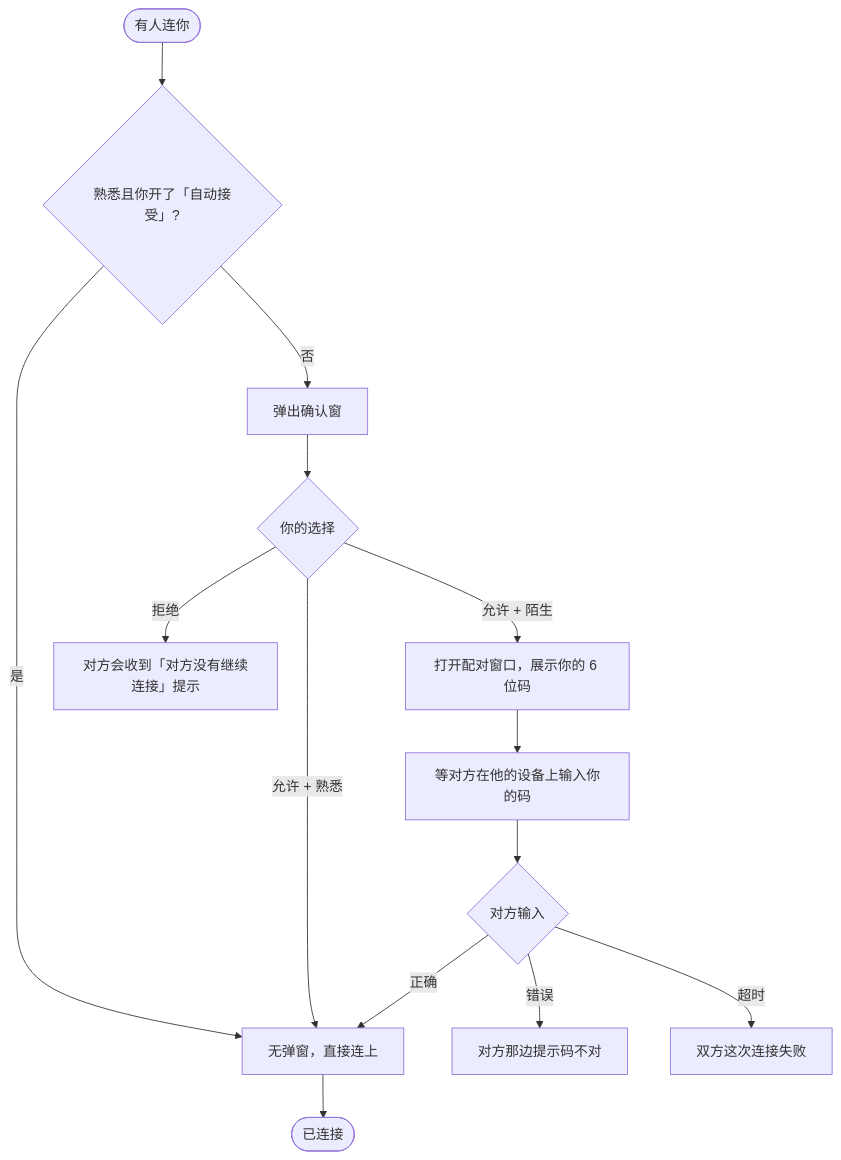
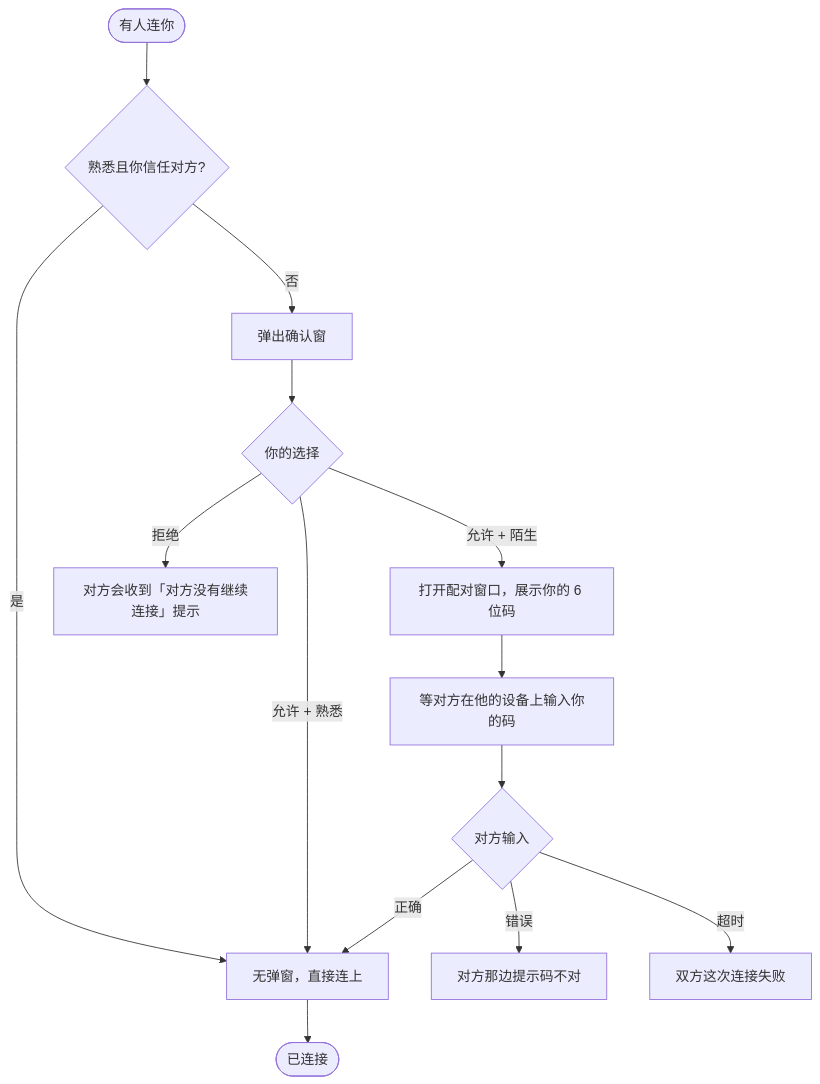
The fourth of 5 diagrams in CONNECTION.md (planarcat/planarclip), drawn with Mermaid before and after one commit. The commit also changed other lines of this file and 15 other files, not shown here.

````diff
--- a/CONNECTION.md
+++ b/CONNECTION.md
@@ -182,19 +198,19 @@
 ```mermaid
 flowchart TD
-  In([有人连你]) --> Auto{熟悉且你开了「自动接受」?}
+  In([有人连你]) --> Auto{熟悉且你信任对方?}
   Auto -->|是| Silent[无弹窗，直接连上]
   Auto -->|否| Prompt[弹出确认窗]
 
   Prompt --> Choice{你的选择}
   Choice -->|拒绝| EndReject[对方会收到「对方没有继续连接」提示]
   Choice -->|允许 + 熟悉| Silent
   Choice -->|允许 + 陌生| ShowMyCode[打开配对窗口，展示你的 6 位码]
 
   ShowMyCode --> WaitOther[等对方在他的设备上输入你的码]
   WaitOther --> CodeOk{对方输入}
   CodeOk -->|正确| Silent
   CodeOk -->|错误| TheirProblem[对方那边提示码不对]
   CodeOk -->|超时| BothFail[双方这次连接失败]
 
   Silent --> Done([已连接])
 ```
````
